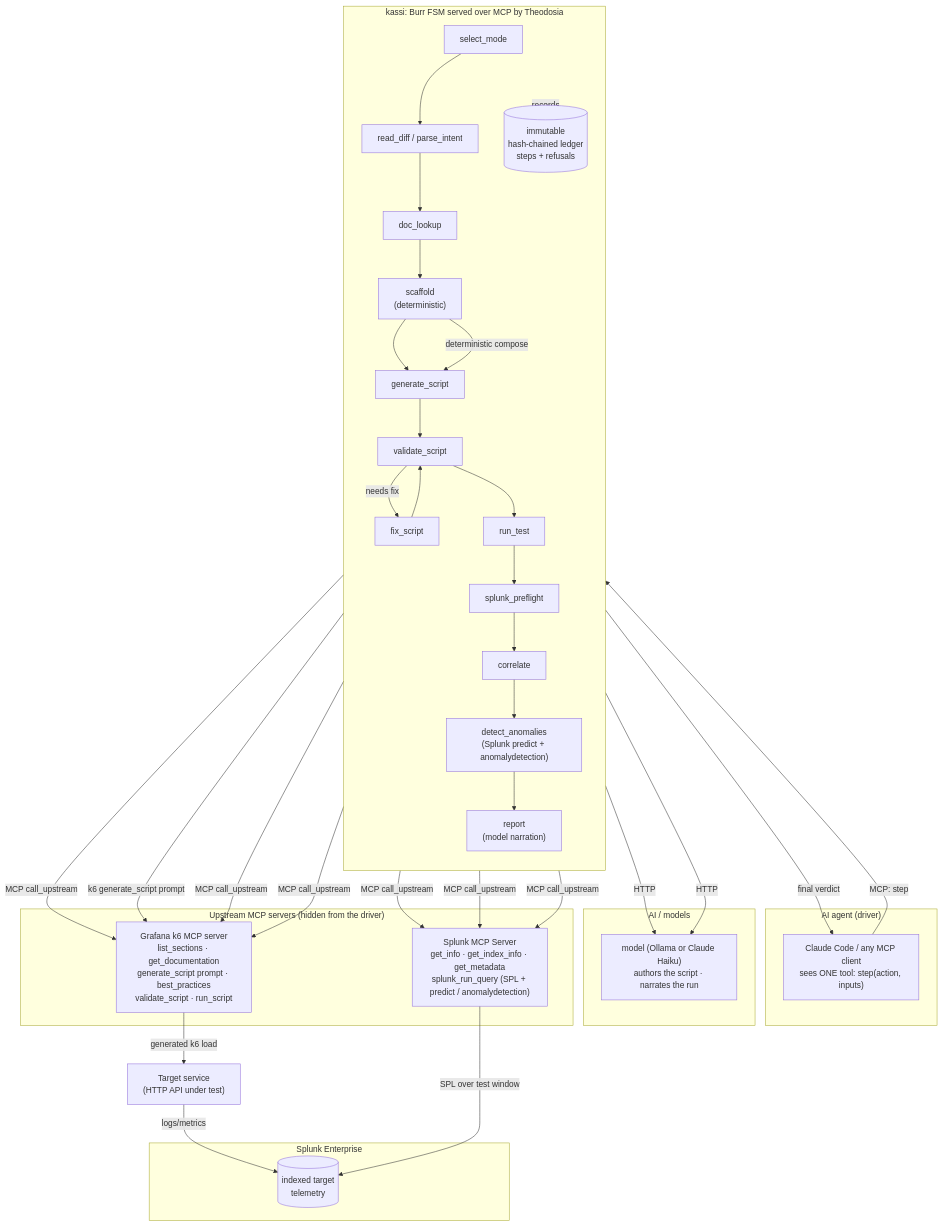
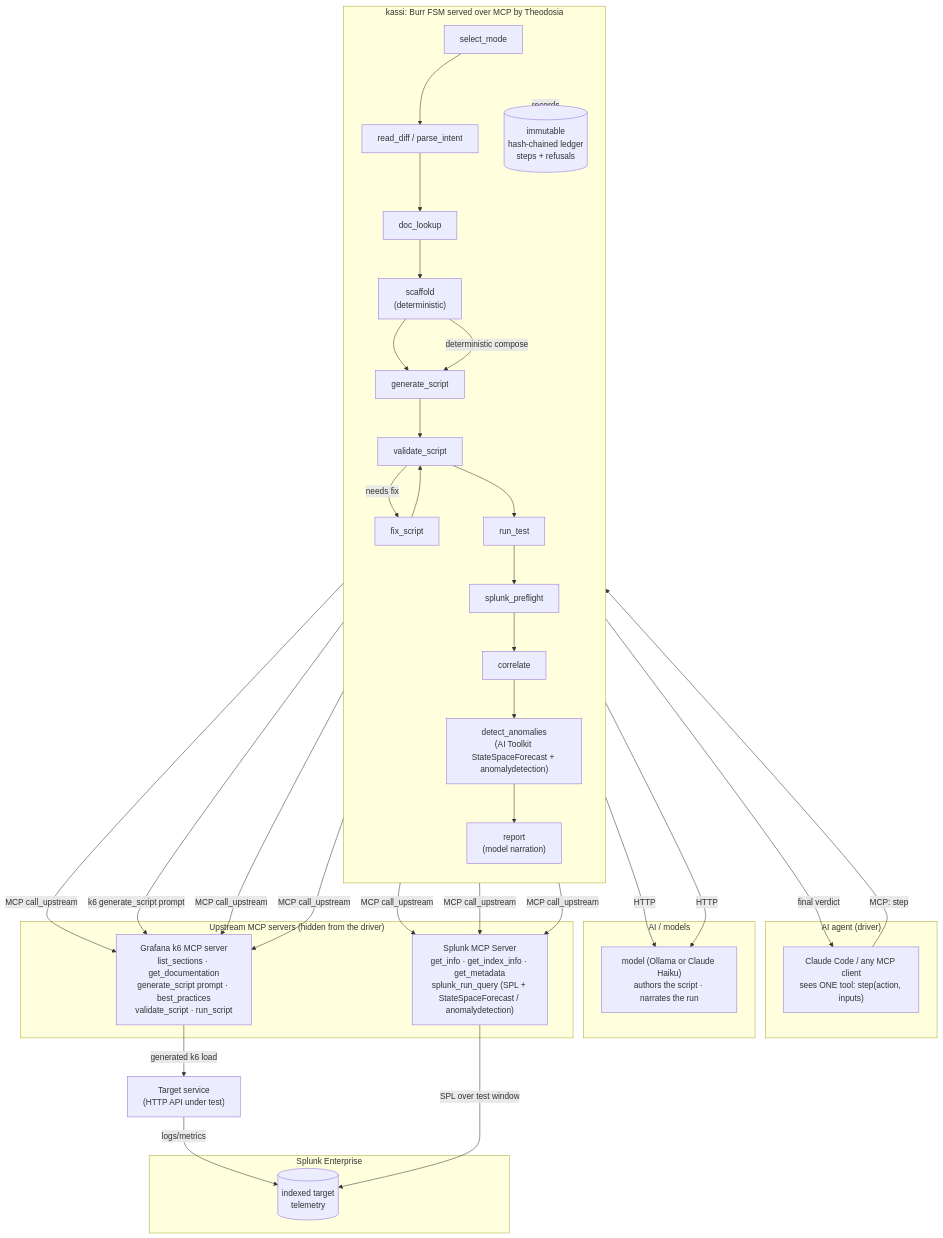
Before and after one commit to msradam/kassi: the diagram in architecture_diagram.md, drawn with Mermaid. The commit also changed other lines of this file and 4 other files, not shown here.

First line of the commit message:
docs: describe detect_anomalies as StateSpaceForecast (predict fallback)

````diff
--- a/architecture_diagram.md
+++ b/architecture_diagram.md
@@ -9,55 +9,55 @@
 ```mermaid
 flowchart TB
     subgraph Driver["AI agent (driver)"]
         A["Claude Code / any MCP client<br/>sees ONE tool: step(action, inputs)"]
     end
 
     subgraph Kassi["kassi: Burr FSM served over MCP by Theodosia"]
         direction TB
         SM["select_mode"] --> RD["read_diff / parse_intent"]
         RD --> DL["doc_lookup"]
         DL --> SC["scaffold<br/>(deterministic)"]
         SC --> GS["generate_script"]
         GS --> VS["validate_script"]
         VS -->|needs fix| FX["fix_script"]
         FX --> VS
         VS --> RT["run_test"]
         RT --> PF["splunk_preflight"]
         PF --> CO["correlate"]
-        CO --> DA["detect_anomalies<br/>(Splunk predict + anomalydetection)"]
+        CO --> DA["detect_anomalies<br/>(AI Toolkit StateSpaceForecast + anomalydetection)"]
         DA --> RP["report<br/>(model narration)"]
         LEDGER[("immutable<br/>hash-chained ledger<br/>steps + refusals")]
     end
 
     subgraph AI["AI / models"]
         LLM["model (Ollama or Claude Haiku)<br/>authors the script · narrates the run"]
     end
 
     subgraph Upstreams["Upstream MCP servers (hidden from the driver)"]
         K6["Grafana k6 MCP server<br/>list_sections · get_documentation<br/>generate_script prompt · best_practices<br/>validate_script · run_script"]
-        SPL["Splunk MCP Server<br/>get_info · get_index_info · get_metadata<br/>splunk_run_query (SPL + predict / anomalydetection)"]
+        SPL["Splunk MCP Server<br/>get_info · get_index_info · get_metadata<br/>splunk_run_query (SPL + StateSpaceForecast / anomalydetection)"]
     end
 
     subgraph Splunk["Splunk Enterprise"]
         IDX[("indexed target<br/>telemetry")]
     end
 
     TARGET["Target service<br/>(HTTP API under test)"]
 
     A -->|MCP: step| SM
     Kassi -.records.-> LEDGER
     DL -->|MCP call_upstream| K6
     SC -->|deterministic compose| GS
     GS -->|k6 generate_script prompt| K6
     GS -->|HTTP| LLM
     RP -->|HTTP| LLM
     VS -->|MCP call_upstream| K6
     RT -->|MCP call_upstream| K6
     K6 -->|generated k6 load| TARGET
     TARGET -->|logs/metrics| IDX
     PF -->|MCP call_upstream| SPL
     CO -->|MCP call_upstream| SPL
     DA -->|MCP call_upstream| SPL
     SPL -->|SPL over test window| IDX
     RP -->|final verdict| A
 ```
````
